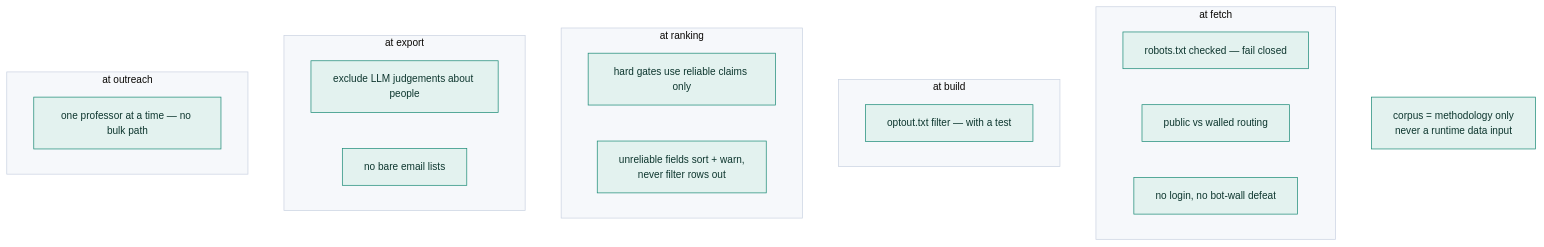
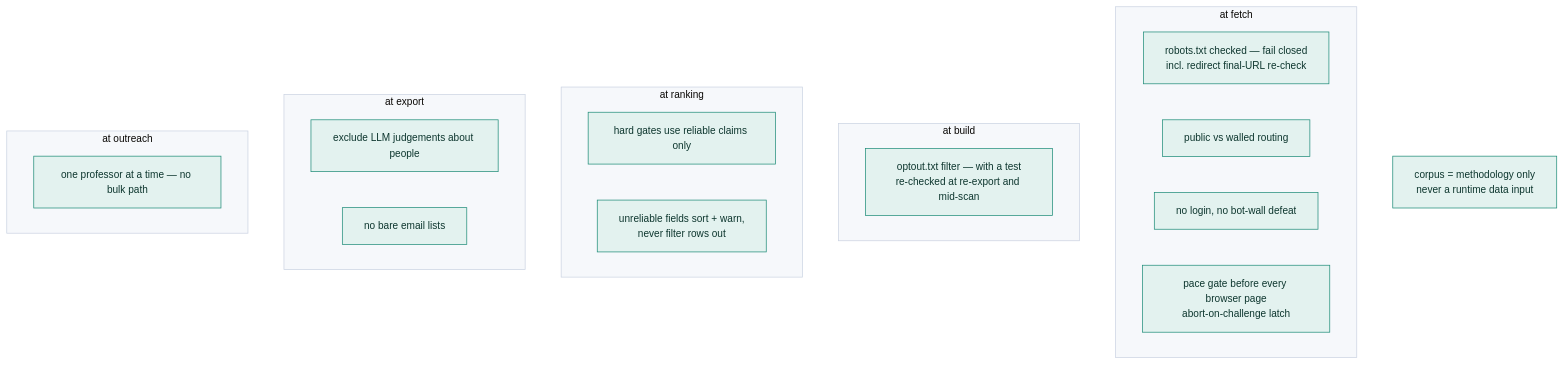
Diagram 11 of 12 in docs/design-atlas.md (ahmedmahershaaban/supervisorly), drawn with Mermaid before and after one commit. The commit also changed other lines of this file and 3 other files, not shown here.

First line of the commit message:
B7: update design-atlas artifacts to the shipped reality + dashboard diagram

````diff
--- a/docs/design-atlas.md
+++ b/docs/design-atlas.md
@@ -346,27 +559,28 @@
 ```mermaid
 %%{init:{'theme':'base','themeVariables':{'fontFamily':'ui-sans-serif,system-ui,sans-serif','fontSize':'14px','primaryColor':'#e6edfb','primaryBorderColor':'#3f5bc4','primaryTextColor':'#18203a','lineColor':'#95a0b5','secondaryColor':'#eef1f6','tertiaryColor':'#f6f8fb','clusterBkg':'#f6f8fb','clusterBorder':'#cbd3e2','edgeLabelBackground':'#ffffff'}}}%%
 flowchart TD
   subgraph FETCH["at fetch"]
-    R1["robots.txt checked — fail closed"]
+    R1["robots.txt checked — fail closed<br/>incl. redirect final-URL re-check"]
     R2["public vs walled routing"]
     R3["no login, no bot-wall defeat"]
+    R10["pace gate before every browser page<br/>abort-on-challenge latch"]
   end
   subgraph BUILD["at build"]
-    R4["optout.txt filter — with a test"]
+    R4["optout.txt filter — with a test<br/>re-checked at re-export and mid-scan"]
   end
   subgraph RANK["at ranking"]
     R5["hard gates use reliable claims only"]
     R6["unreliable fields sort + warn,<br/>never filter rows out"]
   end
   subgraph EXPORT["at export"]
     R7["exclude LLM judgements about people"]
     R8["no bare email lists"]
   end
   subgraph OUTREACH["at outreach"]
     R9["one professor at a time — no bulk path"]
   end
   CORPUS["corpus = methodology only<br/>never a runtime data input"]
 
   classDef gate fill:#e3f2ef,stroke:#1e8c78,color:#0d362e;
-  class R1,R2,R3,R4,R5,R6,R7,R8,R9,CORPUS gate
+  class R1,R2,R3,R4,R5,R6,R7,R8,R9,R10,CORPUS gate
 ```
````
